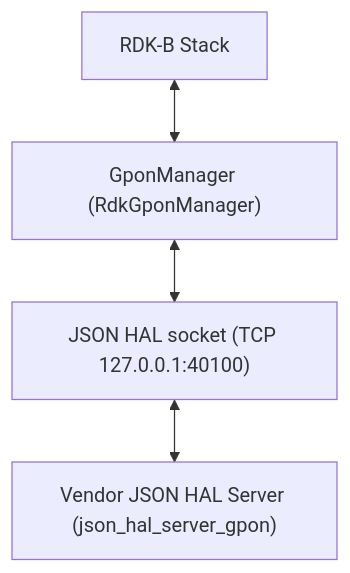
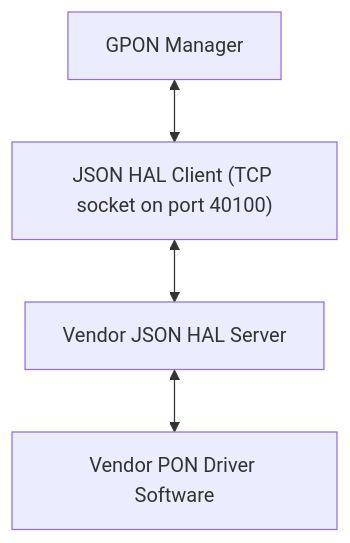
The first of 2 diagrams in docs/pages/GponHalSpec.md (rdkcentral/rdkb-halif-gpon), drawn with Mermaid before and after one commit. The commit also changed other lines of this file and 1 other file, not shown here.

First line of the commit message:
Reason for change: Initial commit with GPON HAL Schema and documentation

````diff
--- a/docs/pages/GponHalSpec.md
+++ b/docs/pages/GponHalSpec.md
@@ -66,7 +55,7 @@
 ```mermaid
-flowchart TD;
-    RDKBStack[RDK-B Stack] <-->
-    GponManager["GponManager (RdkGponManager)"] <-->
-    JSONHALSocket["JSON HAL socket (TCP 127.0.0.1:40100)"] <-->
-    VendorServer["Vendor JSON HAL Server (json_hal_server_gpon)"]
+flowchart TD;    
+    GponManager["GPON Manager"] <-->
+    JSONHALClientt["JSON HAL Client (TCP socket on port 40100)"] <-->
+    VendorServer["Vendor JSON HAL Server"] <-->
+    VendorSoftware["Vendor PON Driver Software"]
 ```
````
